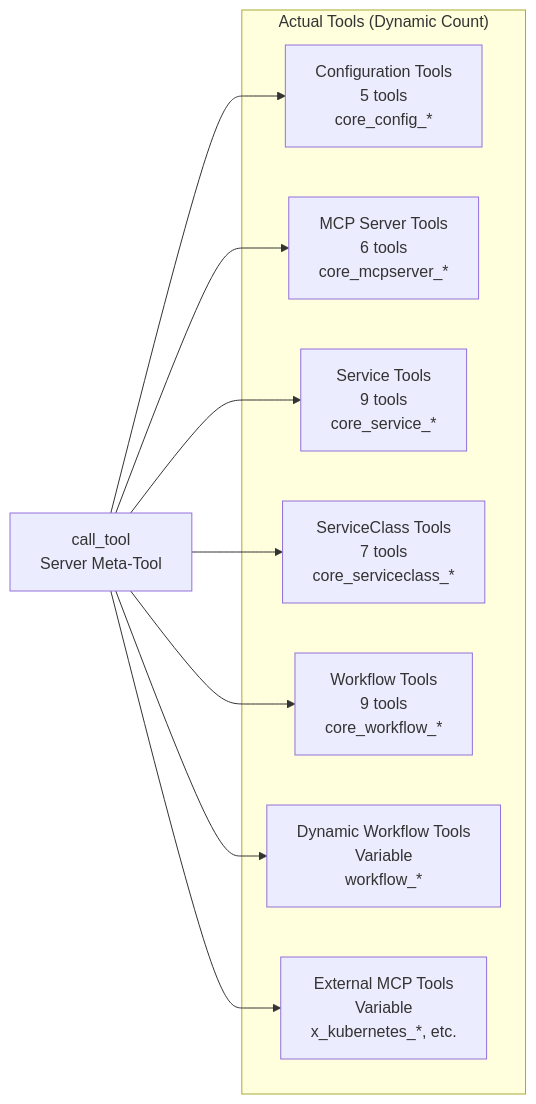
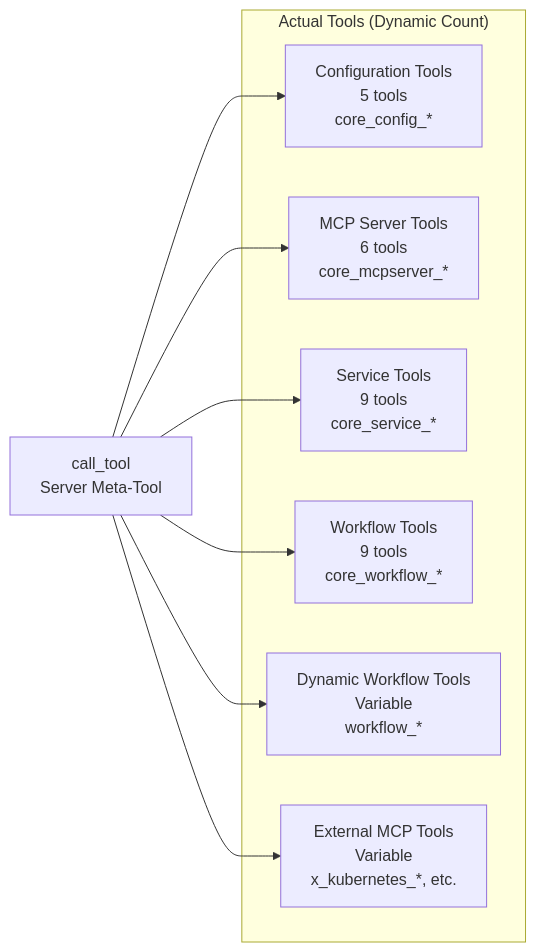
One commit to giantswarm/muster changed the fourth of 5 diagrams in docs/explanation/architecture.md. Above: the diagram before and after it, drawn with Mermaid. The commit also changed other lines of this file and 52 other files, not shown here.

````diff
--- a/docs/explanation/architecture.md
+++ b/docs/explanation/architecture.md
@@ -173,20 +173,18 @@
 ```mermaid
 graph LR
     subgraph "Actual Tools (Dynamic Count)"
         Config[Configuration Tools<br/>5 tools<br/>core_config_*]
         MCPServ[MCP Server Tools<br/>6 tools<br/>core_mcpserver_*]
         Service[Service Tools<br/>9 tools<br/>core_service_*]
-        SvcClass[ServiceClass Tools<br/>7 tools<br/>core_serviceclass_*]
         WorkFlow[Workflow Tools<br/>9 tools<br/>core_workflow_*]
         Dynamic[Dynamic Workflow Tools<br/>Variable<br/>workflow_*]
         External[External MCP Tools<br/>Variable<br/>x_kubernetes_*, etc.]
     end
 
     CallTool[call_tool<br/>Server Meta-Tool] --> Config
     CallTool --> MCPServ
     CallTool --> Service
-    CallTool --> SvcClass
     CallTool --> WorkFlow
     CallTool --> Dynamic
     CallTool --> External
 ```
````
